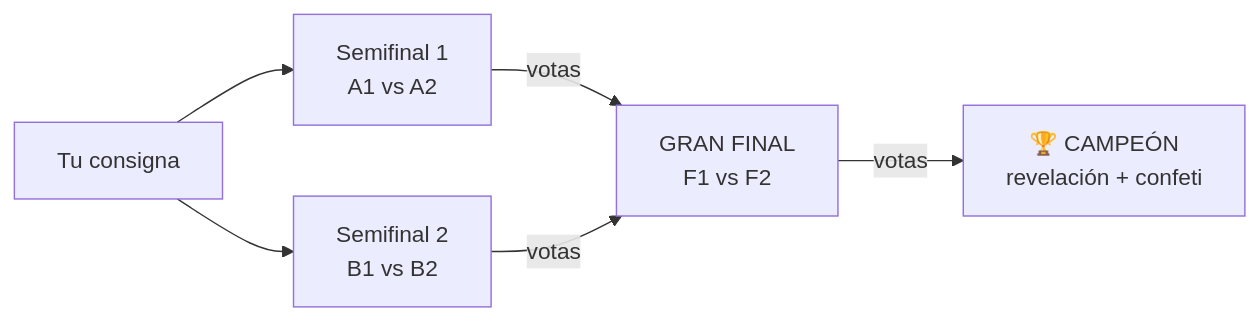
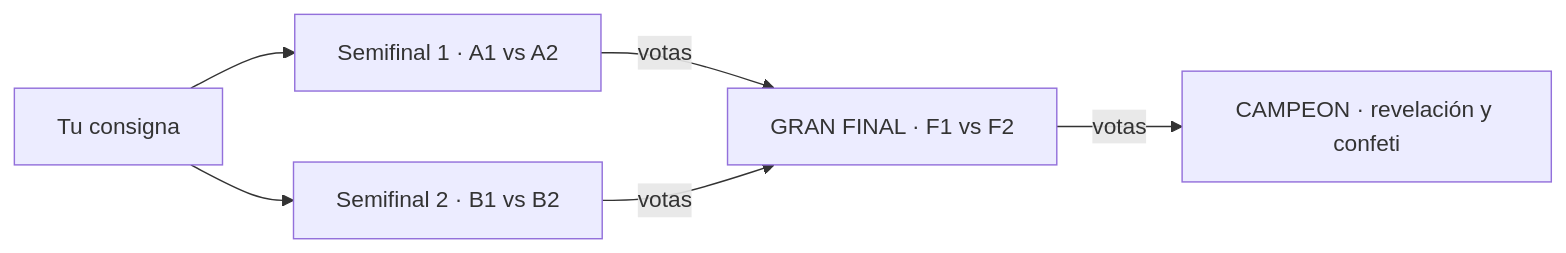
One commit to FazeUrru/TODO-LOGO-AI changed the first of 2 diagrams in README.md. Above: the diagram before and after it, drawn with Mermaid. The commit also changed other lines of this file and 23 other files, not shown here.

Commit message:
feat: v1.12.0 — Postgres global para ELO, voces de proveedores reales, Salón de la Fama e historial del perfil; fix revelación prematura de copa y mermaid blindado con CI

````diff
--- a/README.md
+++ b/README.md
@@ -168,8 +168,8 @@
 ```mermaid
 flowchart LR
-    P["Tu consigna"] --> SF1["Semifinal 1<br/>A1 vs A2"]
-    P --> SF2["Semifinal 2<br/>B1 vs B2"]
-    SF1 -- "votas" --> F["GRAN FINAL<br/>F1 vs F2"]
-    SF2 -- "votas" --> F
-    F -- "votas" --> C["🏆 CAMPEÓN<br/>revelación + confeti"]
+    P["Tu consigna"] --> SF1["Semifinal 1 · A1 vs A2"]
+    P --> SF2["Semifinal 2 · B1 vs B2"]
+    SF1 -->|"votas"| F["GRAN FINAL · F1 vs F2"]
+    SF2 -->|"votas"| F
+    F -->|"votas"| C["CAMPEON · revelación y confeti"]
 ```
````
